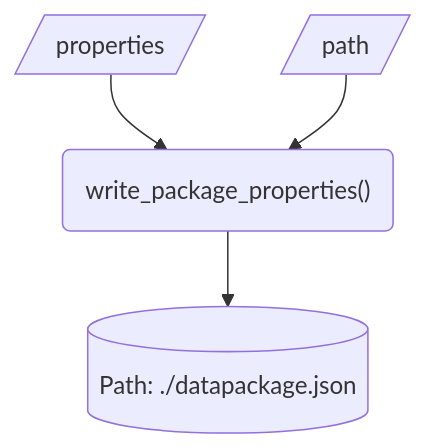
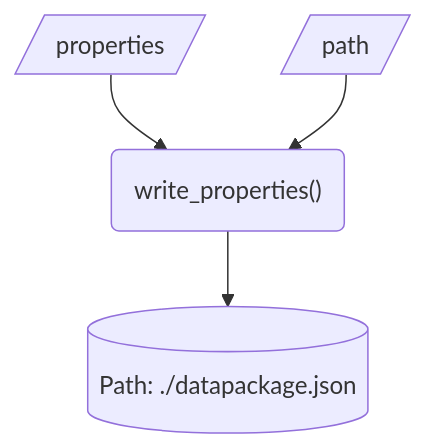
One commit to signekb/seedcase-sprout changed the second of 14 diagrams in docs/design/interface/functions.qmd. Above: the diagram before and after it, drawn with Mermaid. The commit also changed other lines of this file, not shown here.

````diff
--- a/docs/design/interface/functions.qmd
+++ b/docs/design/interface/functions.qmd
@@ -77,10 +78,10 @@
 ```{mermaid}
 flowchart
     in_properties[/properties/]
     in_path[/path/]
-    function("write_package_properties()")
+    function("write_properties()")
     out[("Path: ./datapackage.json")]
     in_properties --> function
     in_path --> function
     function --> out
 ```
````
